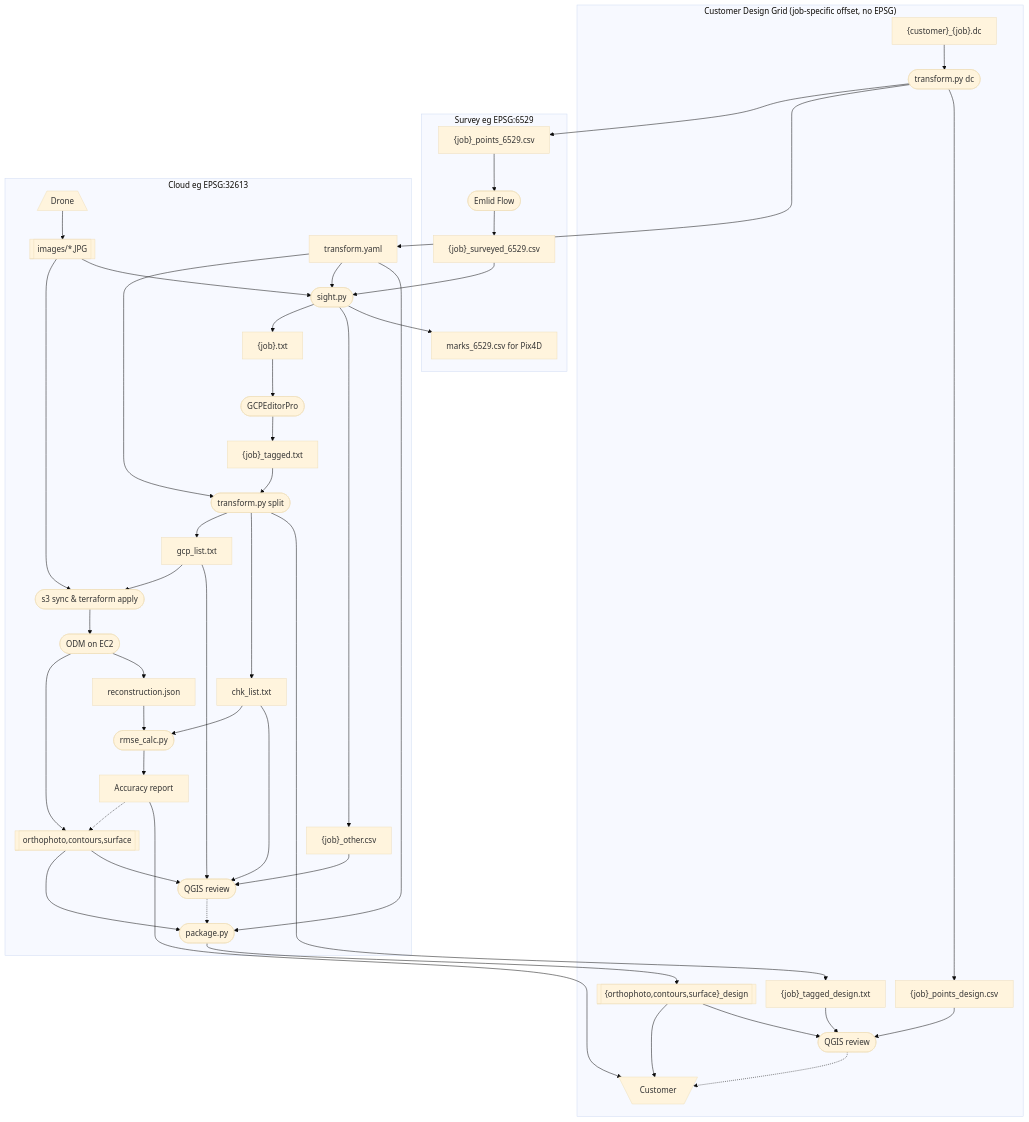
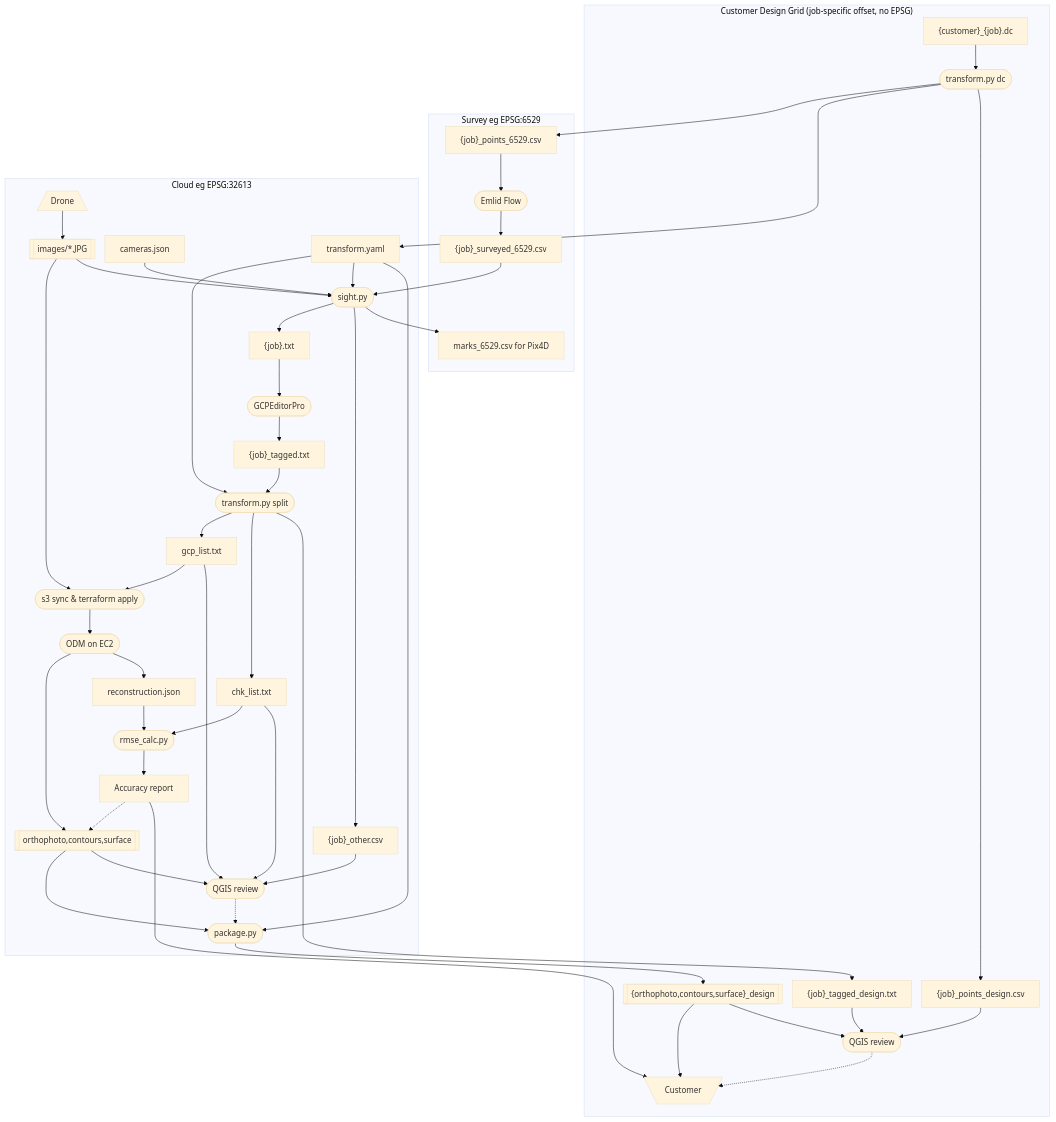
One commit to jrstear/geo changed the diagram in docs/odm-workflow.md. Above: the diagram before and after it, drawn with Mermaid. The commit also changed 2 other files, not shown here.

Commit message:
feat: rmse_calc.py geotransform + topocentric frame fix
- Add --gcp flag: fits 7-param similarity transform from GCP triangulations
  to ground truth, applies to CHK positions before RMSE — replicates ODM's
  odm_georeferencing and gives deliverable-accurate numbers (0.09m H vs 57m)
- Fix coordinate frame bug: document that reconstruction.topocentric.json
  is required (not reconstruction.json); the geocoords version introduces
  ~26m/km linearisation error at sites off-centre in UTM zone
- Add fit_similarity() (Umeyama algorithm) and _triangulate_labels() helper
- Parse both tab- and space-separated GCP files (ODM native is space-separated)
- Output includes geotransform_applied, gcp_pre/post_transform_rms fields

```diff
--- a/docs/odm-workflow.md
+++ b/docs/odm-workflow.md
@@ -16,6 +16,7 @@
     transform_yaml["transform.yaml"]
     emlid(["Emlid Flow"])
     all["{job}_surveyed_6529.csv"]
+    cameras["cameras.json"]
     sight(["sight.py"])
     other["{job}_other.csv"]
     marks["marks_6529.csv for Pix4D"]
@@ -61,6 +62,7 @@
         drone
         images
         targets
+	cameras
         sight
         transform_yaml
         gcpeditor
@@ -88,6 +90,7 @@
     images --> s3
     images --> sight
     emlid --> all --> sight
+    cameras --> sight
     sight --> targets
     sight --> other
     sight --> marks
```
